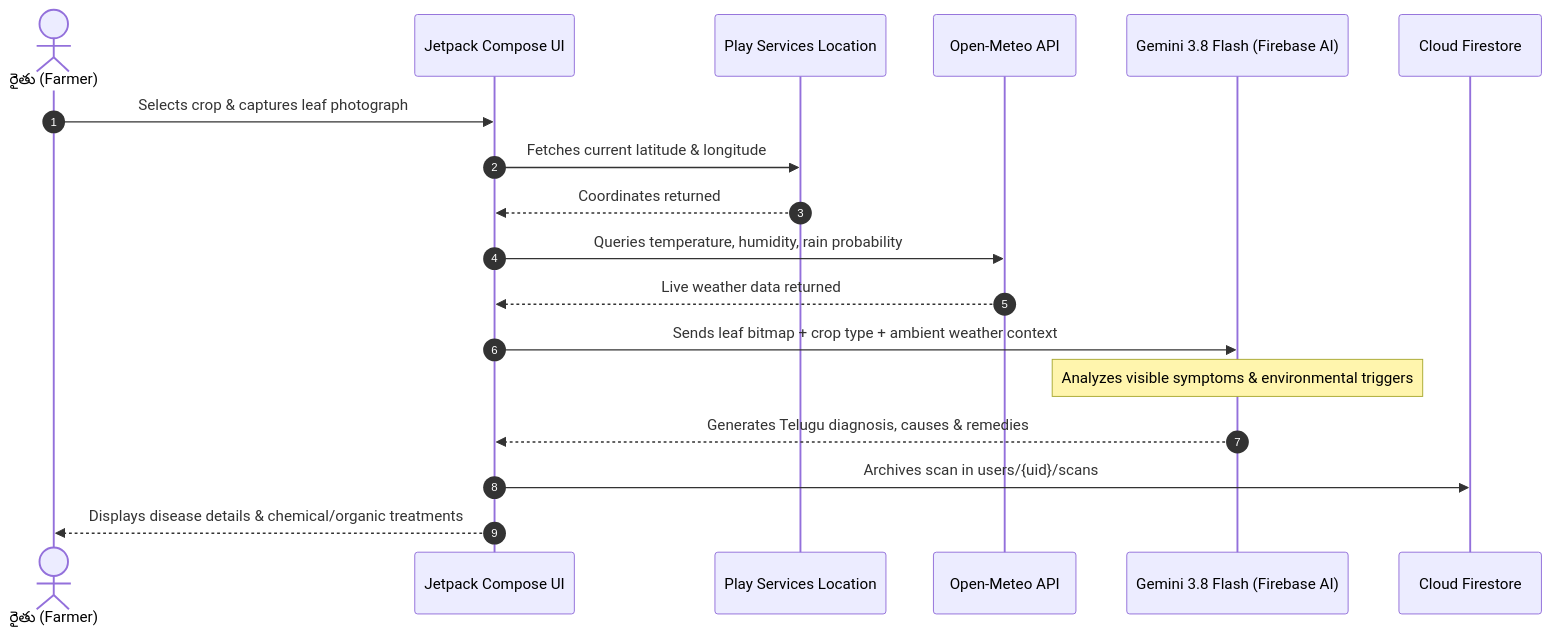
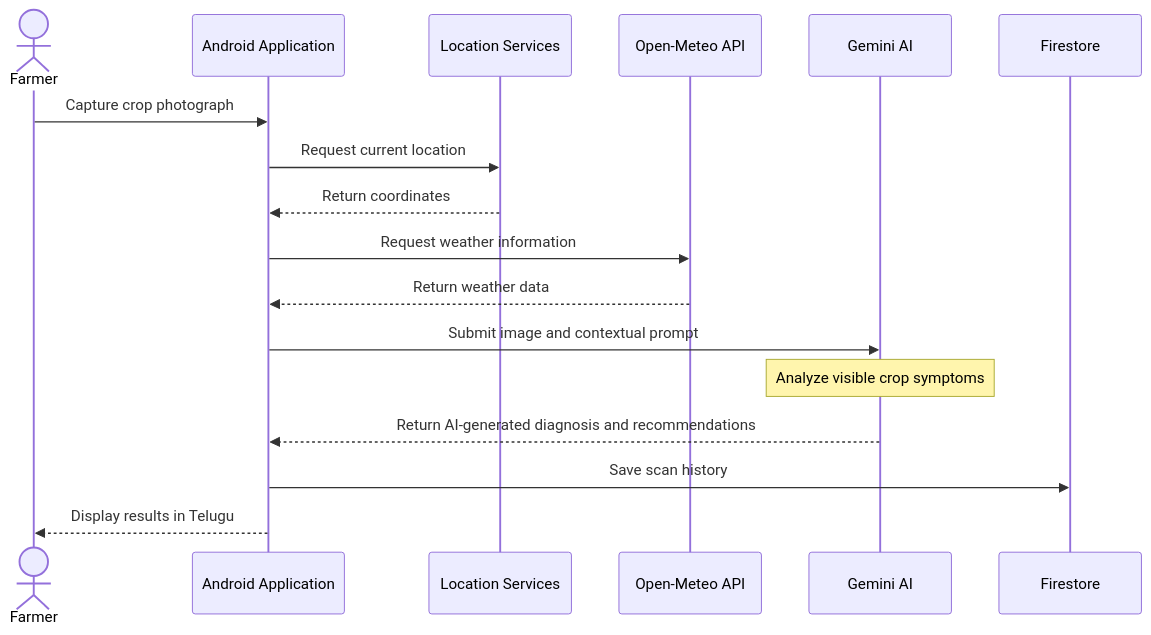
One commit to shaikafnan787-hash/RythuMitraApp changed the second of 3 diagrams in README.md. Above: the diagram before and after it, drawn with Mermaid. The commit also changed other lines of this file, not shown here.

````diff
--- a/README.md
+++ b/README.md
@@ -149,21 +267,26 @@
 ```mermaid
 sequenceDiagram
-    autonumber
-    actor Farmer as రైతు (Farmer)
-    participant UI as Jetpack Compose UI
-    participant GPS as Play Services Location
+
+    actor Farmer
+    participant App as Android Application
+    participant GPS as Location Services
     participant Weather as Open-Meteo API
-    participant Gemini as Gemini 3.8 Flash (Firebase AI)
-    participant Firestore as Cloud Firestore
+    participant AI as Gemini AI
+    participant DB as Firestore
 
-    Farmer->>UI: Selects crop & captures leaf photograph
-    UI->>GPS: Fetches current latitude & longitude
-    GPS-->>UI: Coordinates returned
-    UI->>Weather: Queries temperature, humidity, rain probability
-    Weather-->>UI: Live weather data returned
-    UI->>Gemini: Sends leaf bitmap + crop type + ambient weather context
-    Note over Gemini: Analyzes visible symptoms & environmental triggers
-    Gemini-->>UI: Generates Telugu diagnosis, causes & remedies
-    UI->>Firestore: Archives scan in users/{uid}/scans
-    UI-->>Farmer: Displays disease details & chemical/organic treatments
+    Farmer->>App: Capture crop photograph
+    App->>GPS: Request current location
+    GPS-->>App: Return coordinates
+
+    App->>Weather: Request weather information
+    Weather-->>App: Return weather data
+
+    App->>AI: Submit image and contextual prompt
+
+    Note over AI: Analyze visible crop symptoms
+
+    AI-->>App: Return AI-generated diagnosis and recommendations
+
+    App->>DB: Save scan history
+    App-->>Farmer: Display results in Telugu
 ```
````
